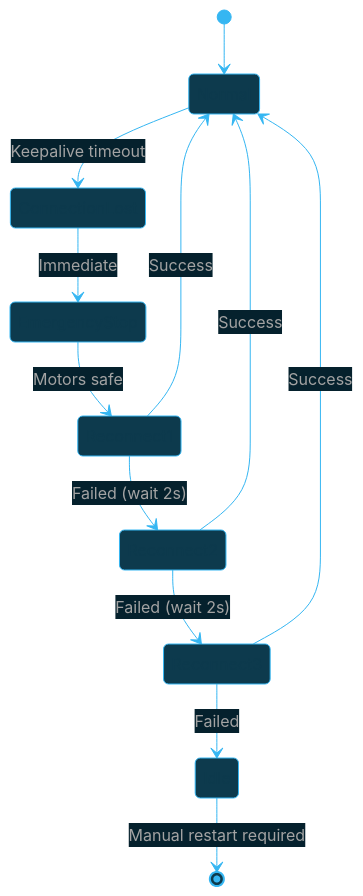
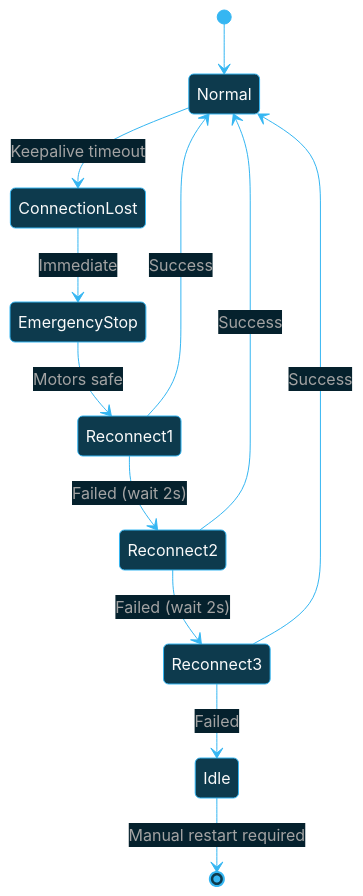
Before and after one commit to BlueBuzzah/BlueBuzzah-Firmware: the fifth of 5 diagrams in docs/SYNCHRONIZATION_PROTOCOL.md, drawn with Mermaid. The commit also changed 4 other files, not shown here.

Commit message:
docs: update mermaid diagram styling across documentation

````diff
--- a/docs/SYNCHRONIZATION_PROTOCOL.md
+++ b/docs/SYNCHRONIZATION_PROTOCOL.md
@@ -398,37 +398,41 @@
 ```mermaid
 %%{init: {'theme': 'base', 'themeVariables': {
   'primaryColor': '#0d3a4d',
   'primaryTextColor': '#fafafa',
   'primaryBorderColor': '#35B6F2',
   'lineColor': '#35B6F2',
   'secondaryColor': '#05212D',
   'tertiaryColor': '#0a0a0a',
   'background': '#0a0a0a',
   'labelTextColor': '#fafafa',
   'stateBkg': '#0d3a4d',
   'stateBorder': '#35B6F2',
+  'stateLabelColor': '#fafafa',
+  'compositeBackground': '#05212D',
+  'compositeBorder': '#35B6F2',
+  'compositeTitleBackground': '#0d3a4d',
   'transitionColor': '#35B6F2',
   'transitionLabelColor': '#a3a3a3',
   'noteBkgColor': '#05212D',
   'noteBorderColor': '#35B6F2',
   'noteTextColor': '#fafafa'
 }}}%%
 stateDiagram-v2
     [*] --> Normal
 
     Normal --> ConnectionLost: Keepalive timeout
 
     ConnectionLost --> EmergencyStop: Immediate
     EmergencyStop --> Reconnect1: Motors safe
 
     Reconnect1 --> Normal: Success
     Reconnect1 --> Reconnect2: Failed (wait 2s)
 
     Reconnect2 --> Normal: Success
     Reconnect2 --> Reconnect3: Failed (wait 2s)
 
     Reconnect3 --> Normal: Success
     Reconnect3 --> Idle: Failed
 
     Idle --> [*]: Manual restart required
 ```
````
